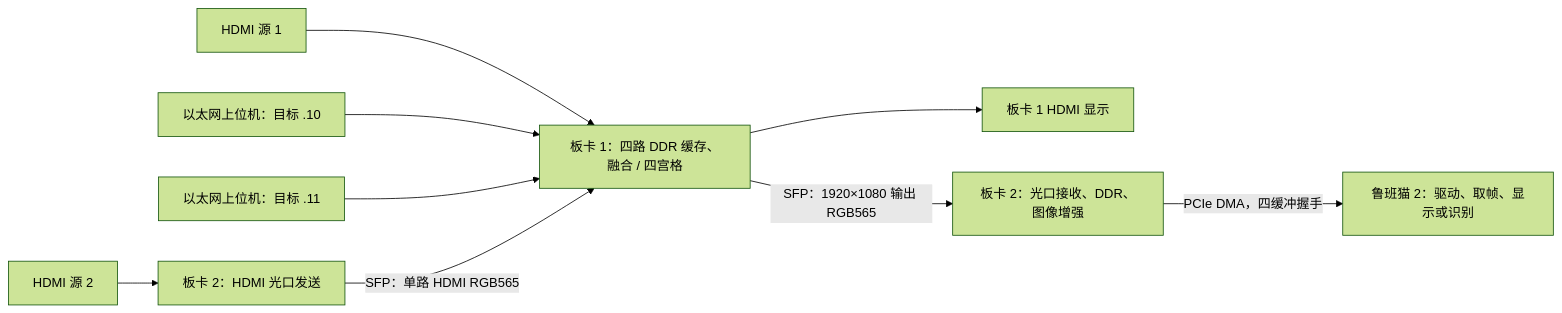
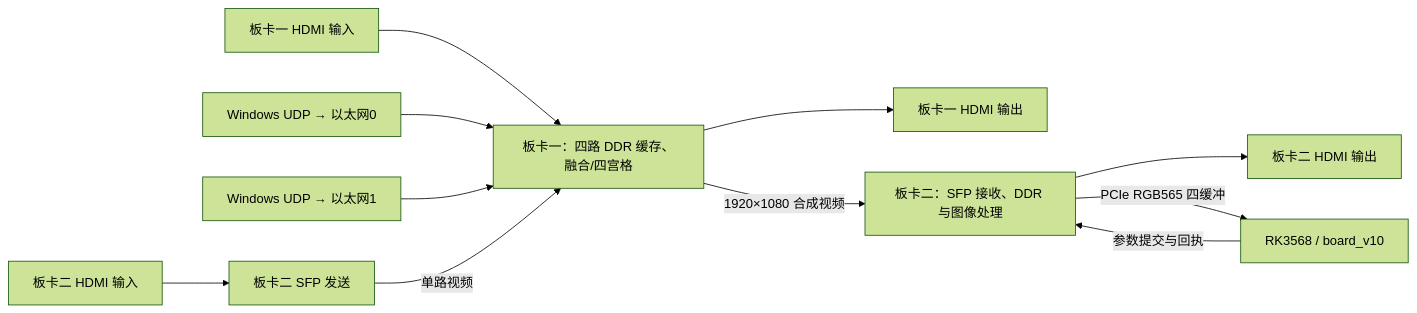
The diagram in fpga/dual_board/README.md (istiurosmadelgordont-cloud/RoadFusion-Edge), drawn with Mermaid (forest theme) before and after one commit. The commit also changed other lines of this file and 4 other files, not shown here.

````diff
--- a/fpga/dual_board/README.md
+++ b/fpga/dual_board/README.md
@@ -33,11 +18,13 @@
 ```mermaid
 flowchart LR
-    H1[HDMI 源 1] --> B1[板卡 1：四路 DDR 缓存、融合 / 四宫格]
-    PC0[以太网上位机：目标 .10] --> B1
-    PC1[以太网上位机：目标 .11] --> B1
-    H2[HDMI 源 2] --> TX2[板卡 2：HDMI 光口发送]
-    TX2 -->|SFP：单路 HDMI RGB565| B1
-    B1 --> MON[板卡 1 HDMI 显示]
-    B1 -->|SFP：1920×1080 输出 RGB565| RX2[板卡 2：光口接收、DDR、图像增强]
-    RX2 -->|PCIe DMA，四缓冲握手| CAT[鲁班猫 2：驱动、取帧、显示或识别]
+    HDMI1["板卡一 HDMI 输入"] --> B1["板卡一：四路 DDR 缓存、融合/四宫格"]
+    PC0["Windows UDP → 以太网0"] --> B1
+    PC1["Windows UDP → 以太网1"] --> B1
+    HDMI2["板卡二 HDMI 输入"] --> TX2["板卡二 SFP 发送"]
+    TX2 -->|单路视频| B1
+    B1 --> MON1["板卡一 HDMI 输出"]
+    B1 -->|1920×1080 合成视频| B2["板卡二：SFP 接收、DDR 与图像处理"]
+    B2 --> MON2["板卡二 HDMI 输出"]
+    B2 -->|PCIe RGB565 四缓冲| ARM["RK3568 / board_v10"]
+    ARM -->|参数提交与回执| B2
 ```
````
